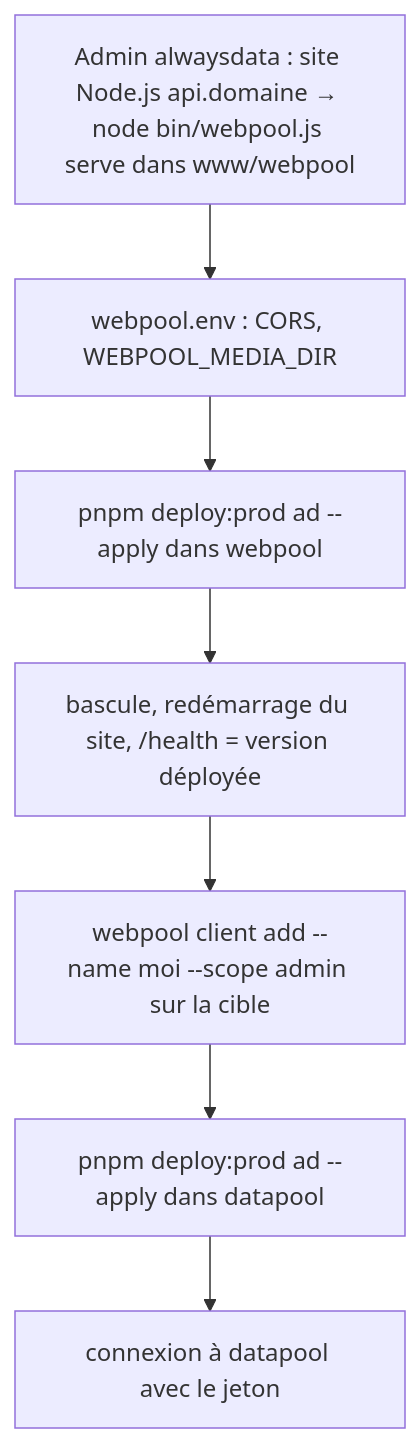
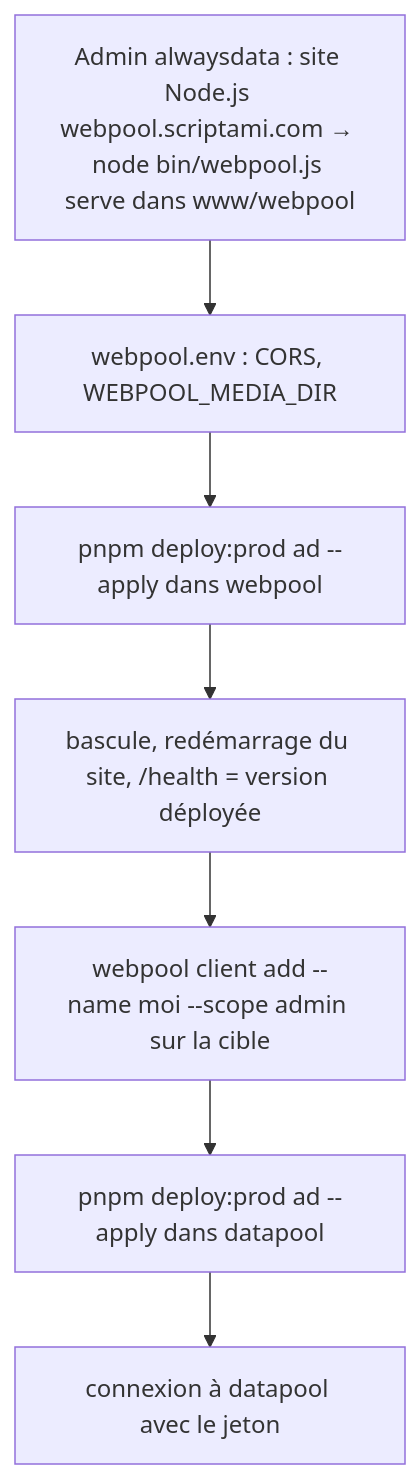
One commit to RebelliousSmile/datapool changed the diagram in aidd_docs/tasks/2026_10/2026_10_30_interface/phase-6.md. Above: the diagram before and after it, drawn with Mermaid. The commit also changed other lines of this file and 1 other file, not shown here.

First line of the commit message:
Phase 6 faite : webpool et datapool en production sur alwaysdata

````diff
--- a/aidd_docs/tasks/2026_10/2026_10_30_interface/phase-6.md
+++ b/aidd_docs/tasks/2026_10/2026_10_30_interface/phase-6.md
@@ -38,9 +38,9 @@
 ```mermaid
 flowchart TD
-  A[Admin alwaysdata : site Node.js api.domaine → node bin/webpool.js serve dans www/webpool] --> B[webpool.env : CORS, WEBPOOL_MEDIA_DIR]
+  A[Admin alwaysdata : site Node.js webpool.scriptami.com → node bin/webpool.js serve dans www/webpool] --> B[webpool.env : CORS, WEBPOOL_MEDIA_DIR]
   B --> C[pnpm deploy:prod ad --apply dans webpool]
   C --> D[bascule, redémarrage du site, /health = version déployée]
   D --> E[webpool client add --name moi --scope admin sur la cible]
   E --> F[pnpm deploy:prod ad --apply dans datapool]
   F --> G[connexion à datapool avec le jeton]
 ```
````
